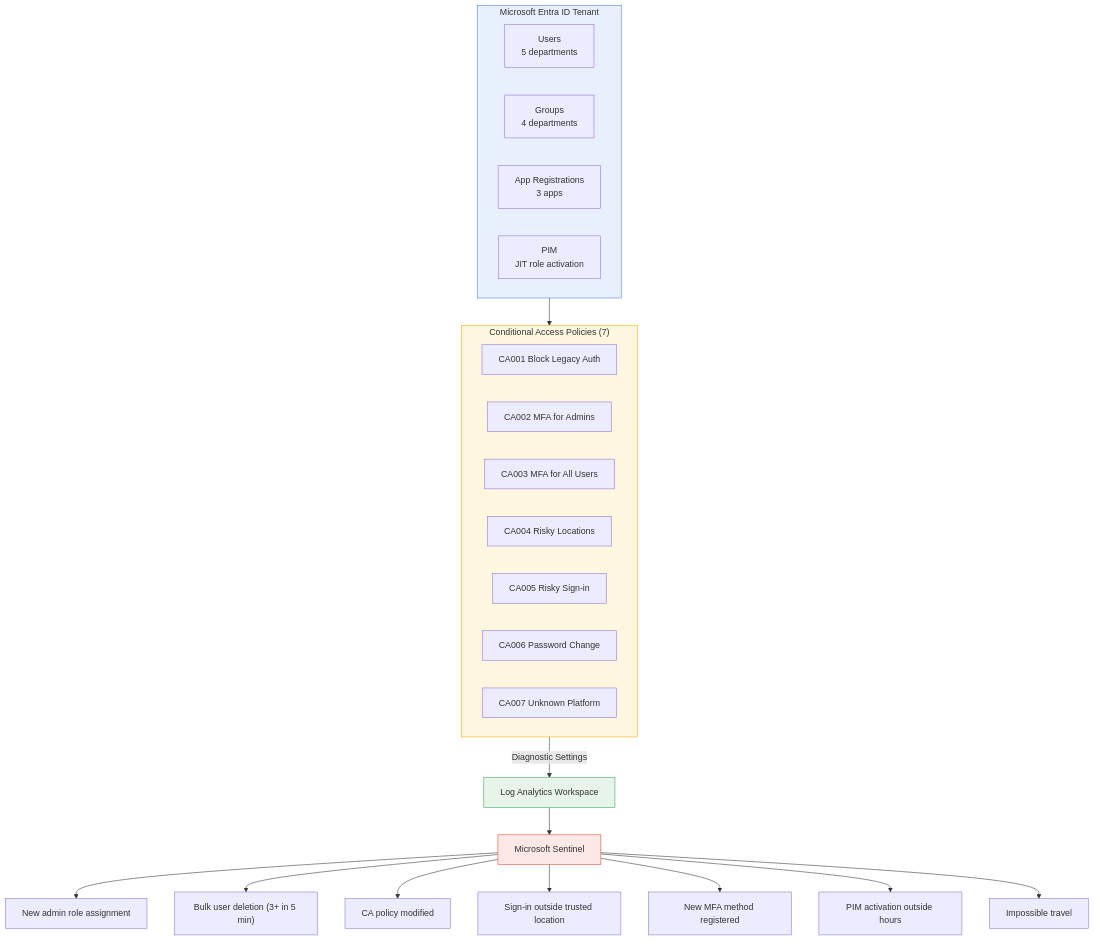
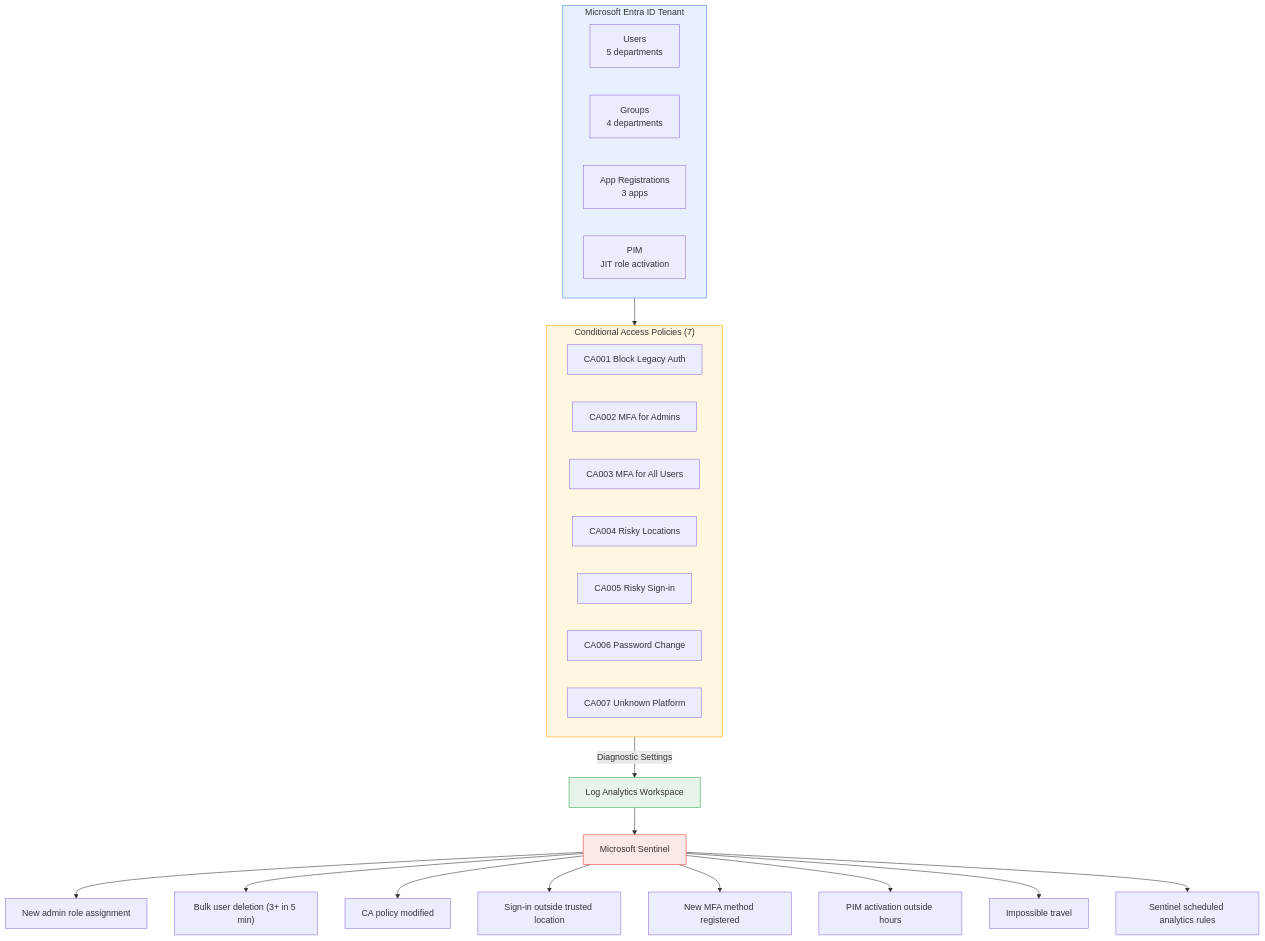
One commit to levismwangi/iam_project changed the first of 2 diagrams in README.md. Above: the diagram before and after it, drawn with Mermaid. The commit also changed other lines of this file, not shown here.

````diff
--- a/README.md
+++ b/README.md
@@ -7,36 +7,37 @@
 ```mermaid
 flowchart TB
     subgraph Tenant["Microsoft Entra ID Tenant"]
         Users["Users\n5 departments"]
         Groups["Groups\n4 departments"]
         Apps["App Registrations\n3 apps"]
         PIM["PIM\nJIT role activation"]
     end
 
     subgraph CA["Conditional Access Policies (7)"]
         CA1["CA001 Block Legacy Auth"]
         CA2["CA002 MFA for Admins"]
         CA3["CA003 MFA for All Users"]
         CA4["CA004 Risky Locations"]
         CA5["CA005 Risky Sign-in"]
         CA6["CA006 Password Change"]
         CA7["CA007 Unknown Platform"]
     end
 
     Tenant --> CA
     CA -->|Diagnostic Settings| LA["Log Analytics Workspace"]
     LA --> Sentinel["Microsoft Sentinel"]
 
     Sentinel --> Alert1["New admin role assignment"]
     Sentinel --> Alert2["Bulk user deletion (3+ in 5 min)"]
     Sentinel --> Alert3["CA policy modified"]
     Sentinel --> Alert4["Sign-in outside trusted location"]
     Sentinel --> Alert5["New MFA method registered"]
     Sentinel --> Alert6["PIM activation outside hours"]
     Sentinel --> Alert7["Impossible travel"]
+    Sentinel --> Alert8["Sentinel scheduled analytics rules"]
 
     style Tenant fill:#e8f0fe,stroke:#4285f4
     style CA fill:#fef7e0,stroke:#f9ab00
     style LA fill:#e6f4ea,stroke:#34a853
     style Sentinel fill:#fce8e6,stroke:#ea4335
 ```
````
